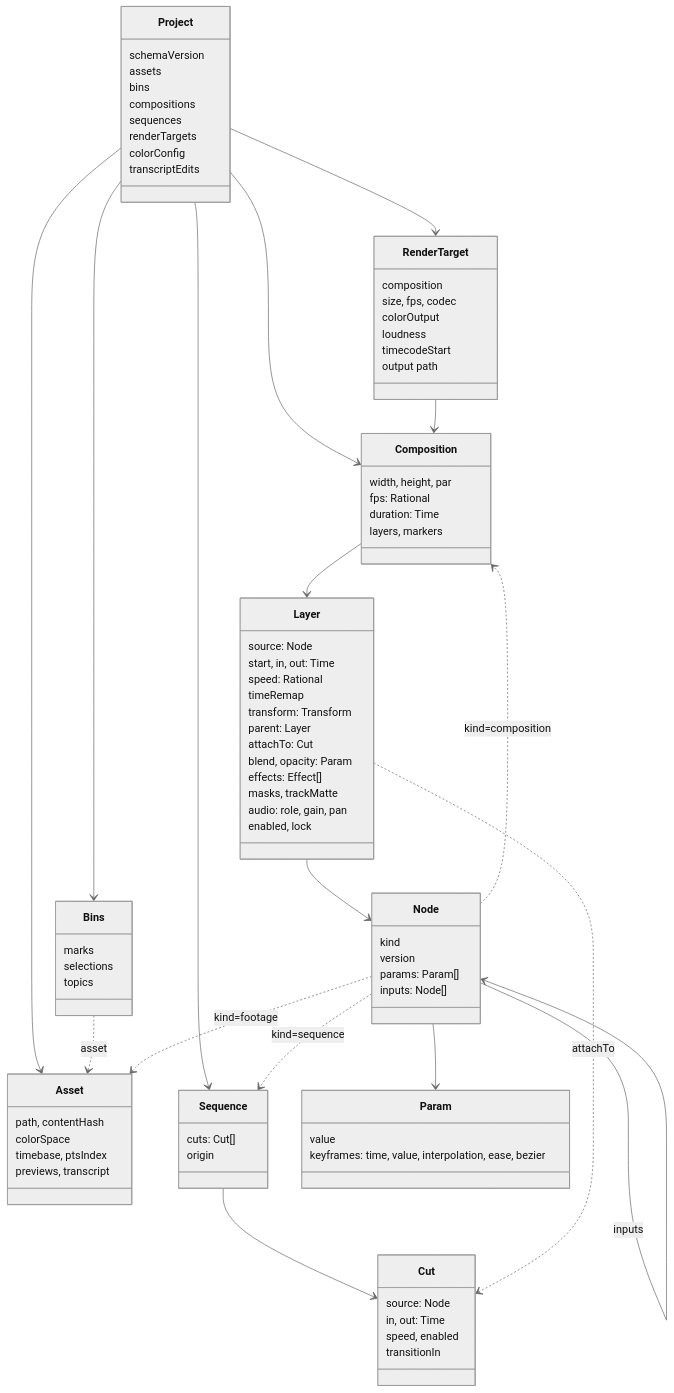
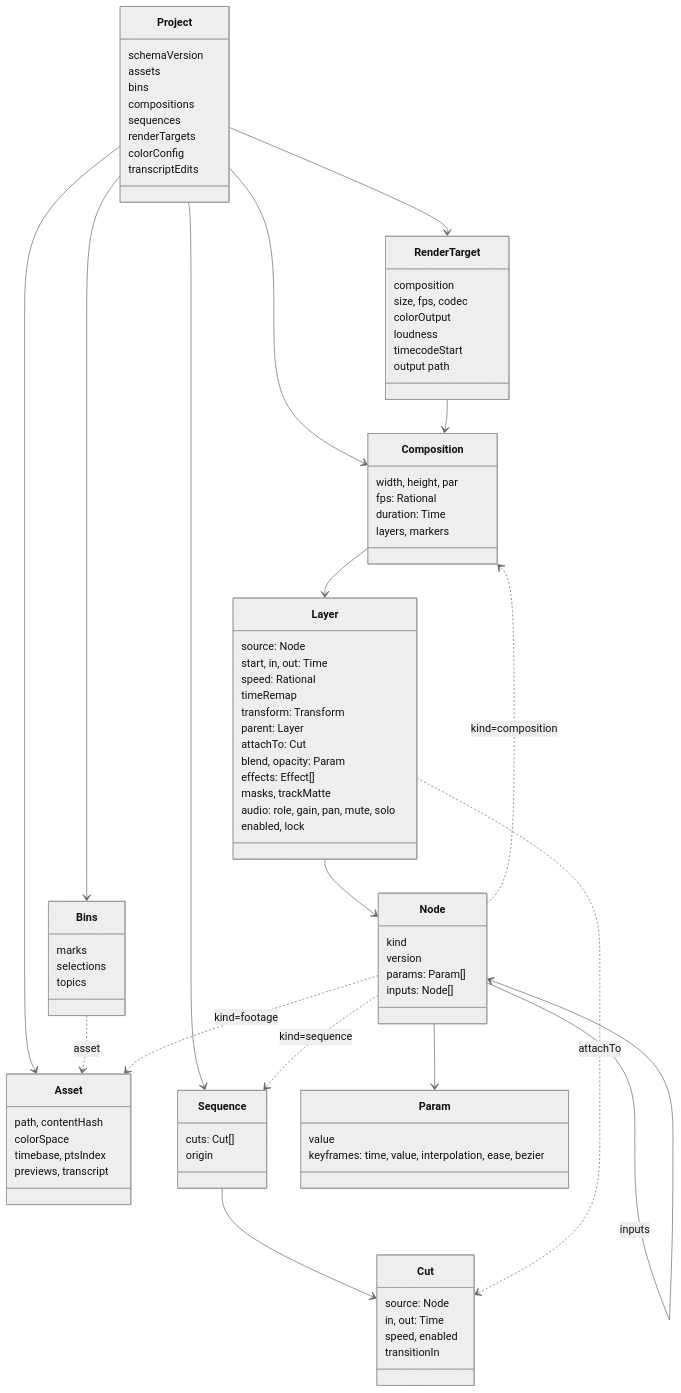
The diagram in movie-maker/docs/design/03-data-model.md (Durun/claude-marketplace), drawn with Mermaid (neutral theme) before and after one commit. The commit also changed other lines of this file and 14 other files, not shown here.

```diff
--- a/movie-maker/docs/design/03-data-model.md
+++ b/movie-maker/docs/design/03-data-model.md
@@ -40,7 +40,7 @@
     blend, opacity: Param
     effects: Effect[]
     masks, trackMatte
-    audio: role, gain, pan
+    audio: role, gain, pan, mute, solo
     enabled, lock
   }
   class Sequence {
```
